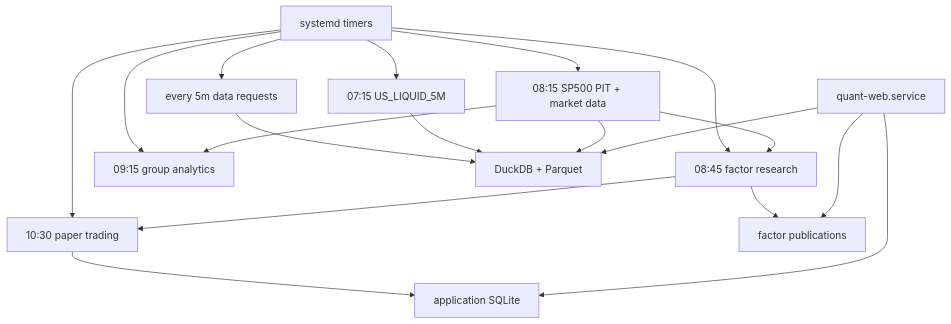
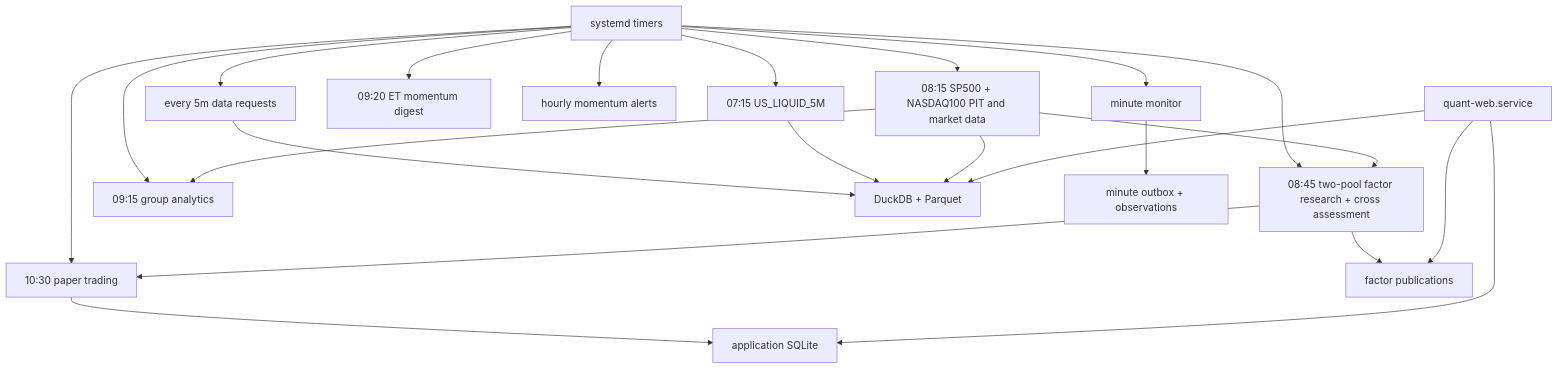
One commit to Clno1/quant-factor-framework changed the diagram in docs/sg_operations_overview.md. Above: the diagram before and after it, drawn with Mermaid. The commit also changed other lines of this file and 152 other files, not shown here.

Commit message:
Rebuild research universes and factor data explorer

````diff
--- a/docs/sg_operations_overview.md
+++ b/docs/sg_operations_overview.md
@@ -17,21 +17,25 @@
 ```mermaid
 flowchart TD
     TIMER["systemd timers"] --> LIQ["07:15 US_LIQUID_5M"]
-    TIMER --> MARKET["08:15 SP500 PIT + market data"]
-    TIMER --> FACTOR["08:45 factor research"]
+    TIMER --> MARKET["08:15 SP500 + NASDAQ100 PIT and market data"]
+    TIMER --> FACTOR["08:45 two-pool factor research + cross assessment"]
     TIMER --> GROUP["09:15 group analytics"]
     TIMER --> PAPER["10:30 paper trading"]
     TIMER --> REQUEST["every 5m data requests"]
+    TIMER --> PREMARKET["09:20 ET momentum digest"]
+    TIMER --> HOURLY["hourly momentum alerts"]
+    TIMER --> INTRADAY["minute monitor"]
 
     MARKET --> FACTOR
     MARKET --> GROUP
     FACTOR --> PAPER
     REQUEST --> LAKE["DuckDB + Parquet"]
     LIQ --> LAKE
     MARKET --> LAKE
     FACTOR --> OUTPUT["factor publications"]
     PAPER --> SQLITE["application SQLite"]
     WEB["quant-web.service"] --> LAKE
     WEB --> OUTPUT
     WEB --> SQLITE
+    INTRADAY --> MOMENTUM_SQLITE["minute outbox + observations"]
 ```
````
